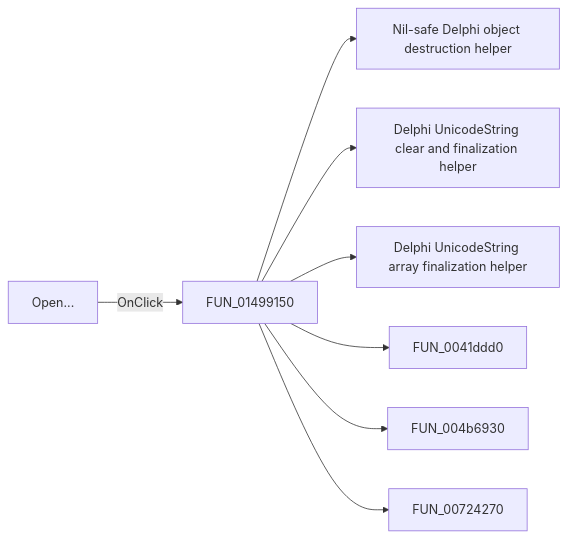
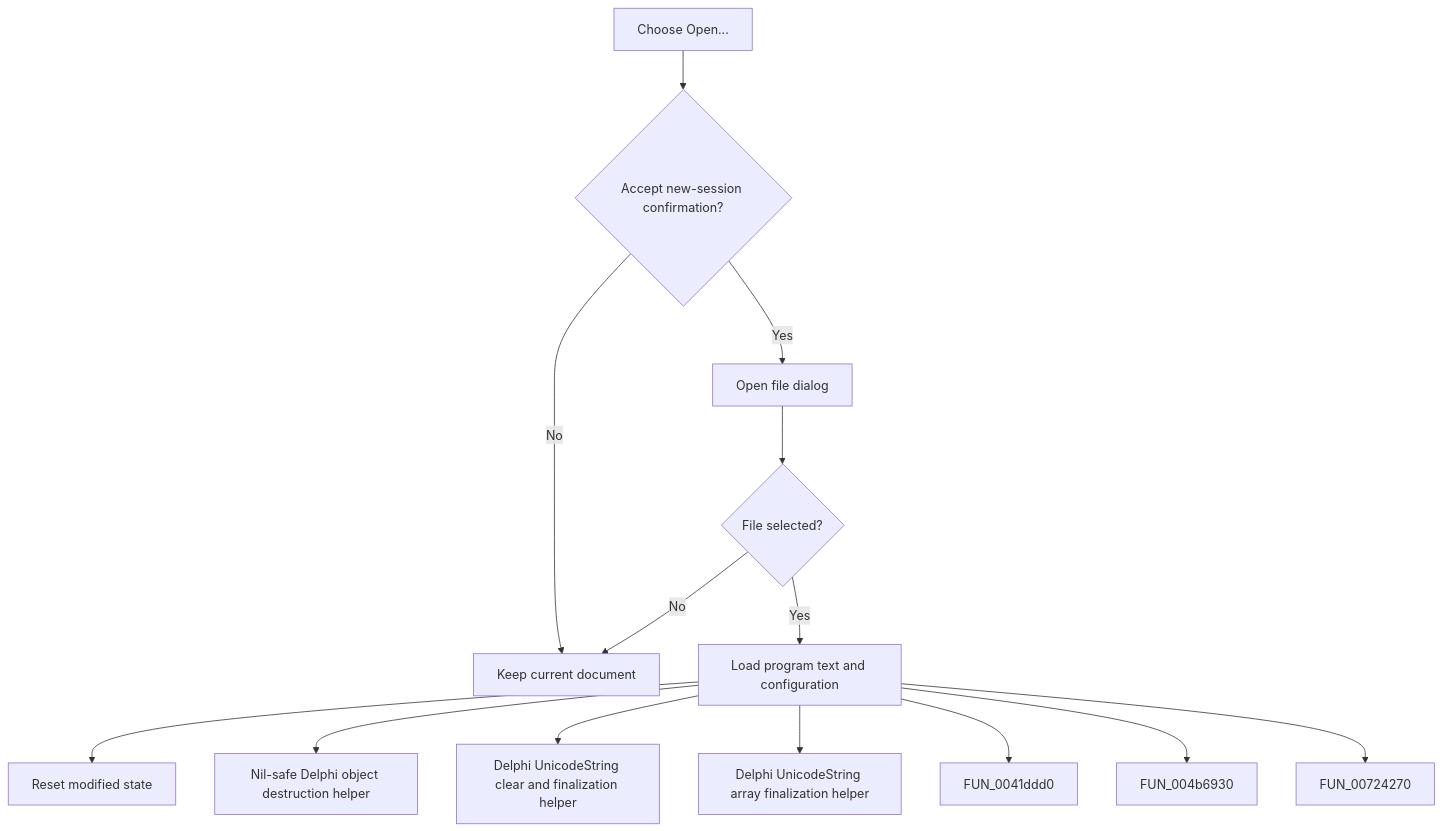
One commit to MovGP0/TIARA changed the diagram in docs/ui-controls/frmdesigntool/miopen-8dc23a3120.md. Above: the diagram before and after it, drawn with Mermaid. The commit also changed other lines of this file and 387 other files, not shown here.

````diff
--- a/docs/ui-controls/frmdesigntool/miopen-8dc23a3120.md
+++ b/docs/ui-controls/frmdesigntool/miopen-8dc23a3120.md
@@ -27,10 +27,16 @@
 ```mermaid
-flowchart LR
-    control["Open..."] -->|OnClick| handler["FUN_01499150"]
+flowchart TD
+    control["Choose Open..."] --> confirm{"Accept new-session confirmation?"}
+    confirm -->|No| keep["Keep current document"]
+    confirm -->|Yes| dialog["Open file dialog"]
+    dialog --> chosen{"File selected?"}
+    chosen -->|No| keep
+    chosen -->|Yes| handler["Load program text and configuration"]
+    handler --> clean["Reset modified state"]
     handler --> call1["Nil-safe Delphi object destruction helper"]
     handler --> call2["Delphi UnicodeString clear and finalization helper"]
     handler --> call3["Delphi UnicodeString array finalization helper"]
     handler --> call4["FUN_0041ddd0"]
     handler --> call5["FUN_004b6930"]
     handler --> call6["FUN_00724270"]
 ```
````
